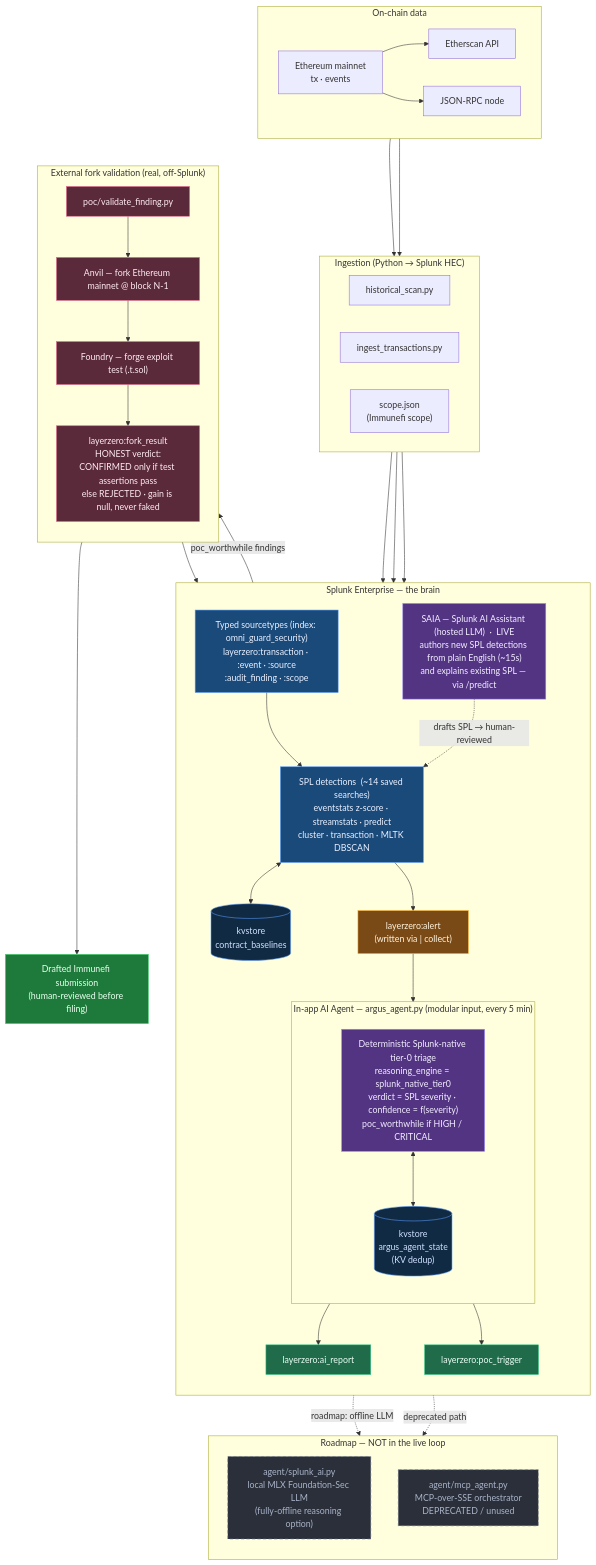
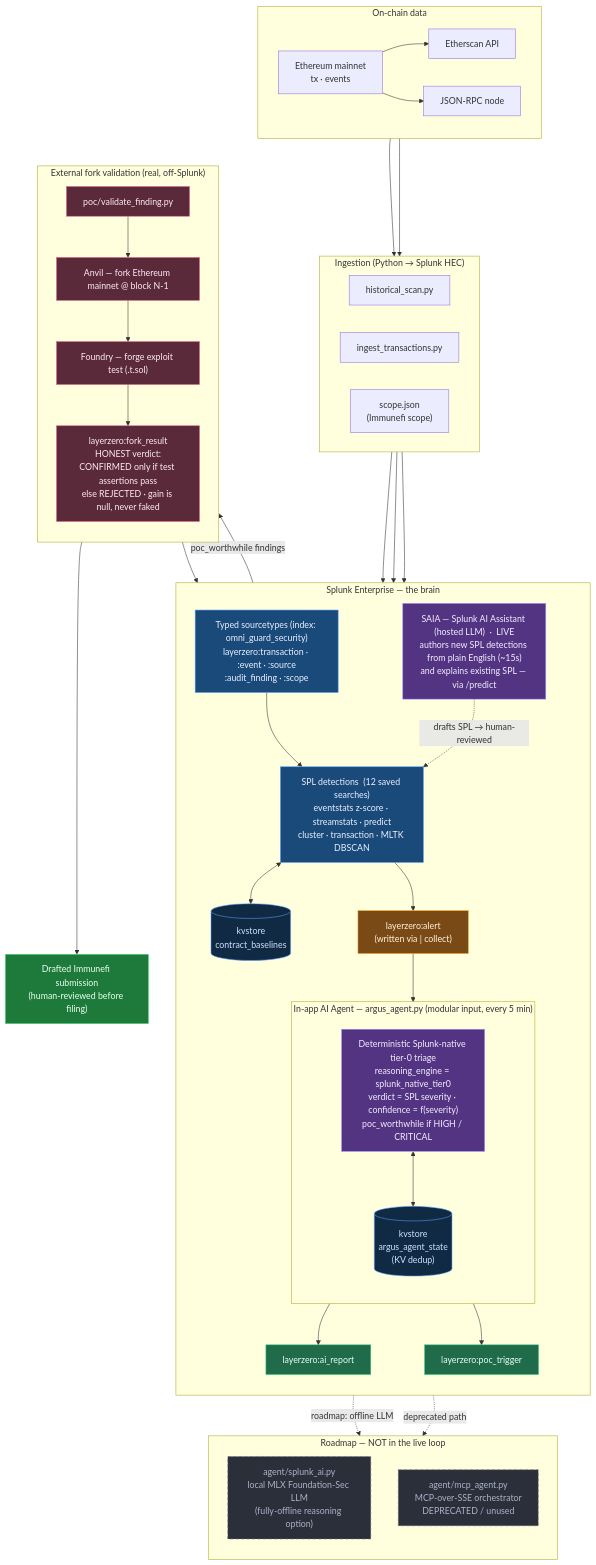
The first of 2 diagrams in ARCHITECTURE.md (Alexander-Sorrell-IT/argus), drawn with Mermaid before and after one commit. The commit also changed other lines of this file and 24 other files, not shown here.

```diff
--- a/ARCHITECTURE.md
+++ b/ARCHITECTURE.md
@@ -38,7 +41,7 @@
   subgraph SPLUNK["Splunk Enterprise  —  the brain"]
     direction TB
     ST["Typed sourcetypes (index: omni_guard_security)<br/>layerzero:transaction · :event · :source<br/>:audit_finding · :scope"]
-    DET["SPL detections  (~14 saved searches)<br/>eventstats z-score · streamstats · predict<br/>cluster · transaction · MLTK DBSCAN"]
+    DET["SPL detections  (12 saved searches)<br/>eventstats z-score · streamstats · predict<br/>cluster · transaction · MLTK DBSCAN"]
     KVB[("kvstore<br/>contract_baselines")]
     ALERT["layerzero:alert<br/>(written via | collect)"]
 
```
